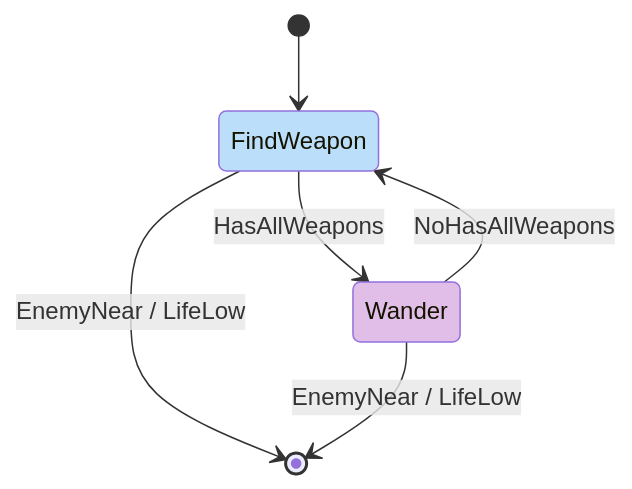
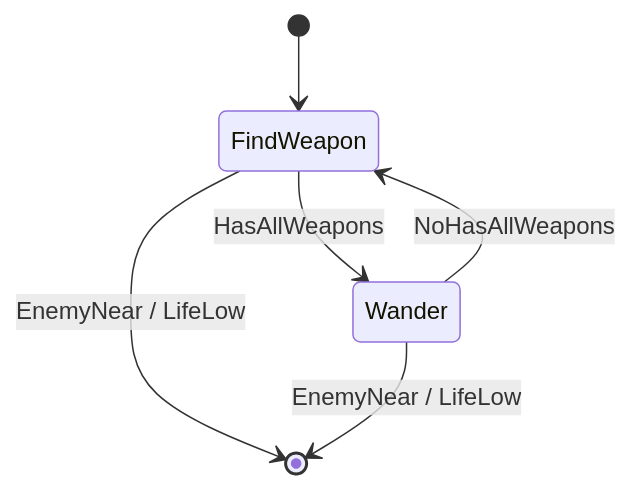
One commit to Kang-Hsi/hfsm-bt changed the fifth of 5 diagrams in README.md. Above: the diagram before and after it, drawn with Mermaid. The commit also changed other lines of this file, not shown here.

````diff
--- a/README.md
+++ b/README.md
@@ -598,18 +588,15 @@
     ```mermaid
     ---
     config:
-    theme: base
+    theme: dark
     look: neo
     ---
     stateDiagram
     direction TB
 
     [*] --> FindWeapon
     FindWeapon --> Wander: HasAllWeapons
     Wander --> FindWeapon: NoHasAllWeapons
     FindWeapon --> [*]: EnemyNear / LifeLow
     Wander --> [*]: EnemyNear / LifeLow
-
-    style FindWeapon fill:#BBDEFB
-    style Wander fill:#E1BEE7
     ```
````
